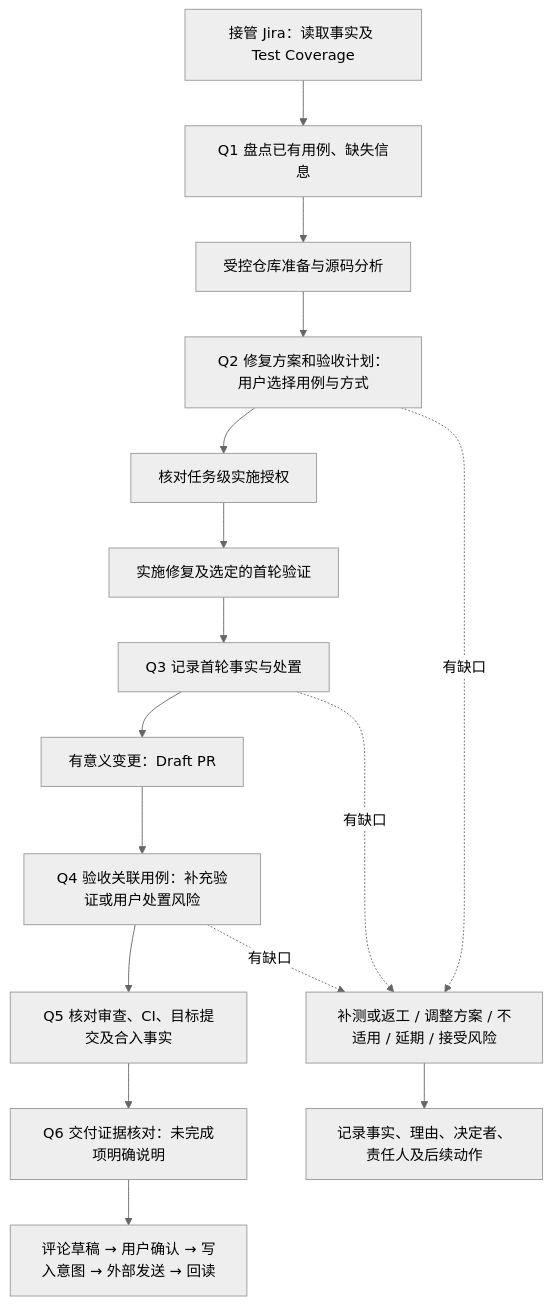
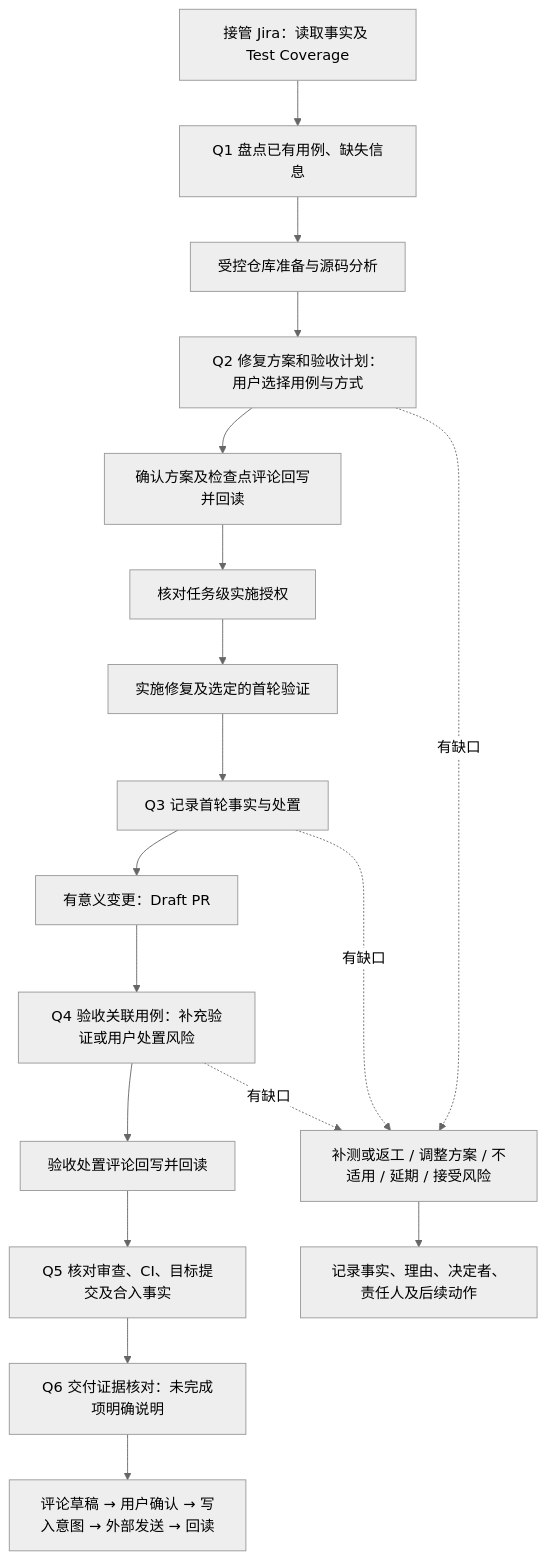
Before and after one commit to tapstate/agentic-ops: the diagram in docs/usage/quality-checkpoints.md, drawn with Mermaid (neutral theme). The commit also changed other lines of this file and 22 other files, not shown here.

````diff
--- a/docs/usage/quality-checkpoints.md
+++ b/docs/usage/quality-checkpoints.md
@@ -9,18 +9,20 @@
 ```mermaid
 flowchart TD
     A[接管 Jira：读取事实及 Test Coverage] --> Q1[Q1 盘点已有用例、缺失信息]
     Q1 --> B[受控仓库准备与源码分析]
     B --> Q2[Q2 修复方案和验收计划：用户选择用例与方式]
-    Q2 --> AUTH[核对任务级实施授权]
+    Q2 --> J2[确认方案及检查点评论回写并回读]
+    J2 --> AUTH[核对任务级实施授权]
     AUTH --> DEV[实施修复及选定的首轮验证]
     DEV --> Q3[Q3 记录首轮事实与处置]
     Q3 --> PR[有意义变更：Draft PR]
     PR --> Q4[Q4 验收关联用例：补充验证或用户处置风险]
-    Q4 --> Q5[Q5 核对审查、CI、目标提交及合入事实]
+    Q4 --> J4[验收处置评论回写并回读]
+    J4 --> Q5[Q5 核对审查、CI、目标提交及合入事实]
     Q5 --> Q6[Q6 交付证据核对：未完成项明确说明]
     Q6 --> J[评论草稿 → 用户确认 → 写入意图 → 外部发送 → 回读]
     Q2 -.有缺口.-> D[补测或返工 / 调整方案 / 不适用 / 延期 / 接受风险]
     Q3 -.有缺口.-> D
     Q4 -.有缺口.-> D
     D --> R[记录事实、理由、决定者、责任人及后续动作]
 ```
````
